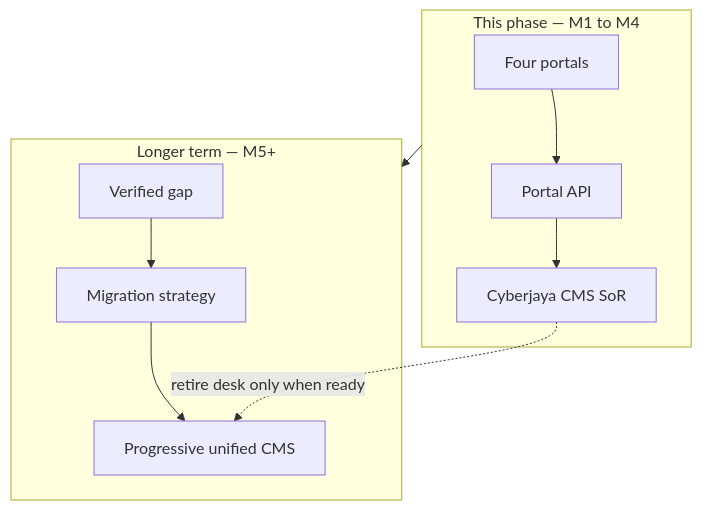
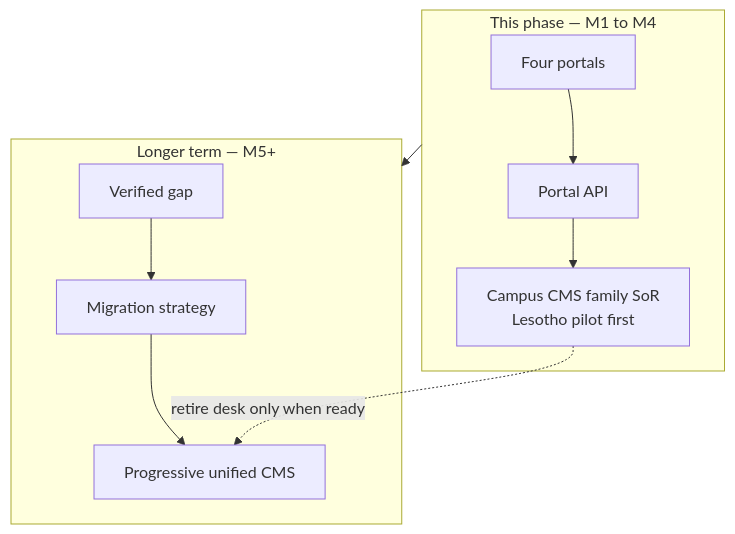
One commit to raisd-campus/portal-api-docs changed the second of 2 diagrams in sdd/03-delivery-milestones.md. Above: the diagram before and after it, drawn with Mermaid. The commit also changed other lines of this file and 63 other files, not shown here.

First line of the commit message:
Publish Lesotho-first pilot structure on GitHub Pages.

````diff
--- a/sdd/03-delivery-milestones.md
+++ b/sdd/03-delivery-milestones.md
@@ -104,13 +106,13 @@
 ```mermaid
 flowchart TB
   subgraph phase ["This phase — M1 to M4"]
     P[Four portals] --> API[Portal API]
-    API --> CMS[Cyberjaya CMS SoR]
+    API --> CMS[Campus CMS family SoR<br/>Lesotho pilot first]
   end
   subgraph later ["Longer term — M5+"]
     G[Verified gap] --> MIG[Migration strategy]
     MIG --> U[Progressive unified CMS]
     CMS -.->|retire desk only when ready| U
   end
   phase --> later
 ```
````
